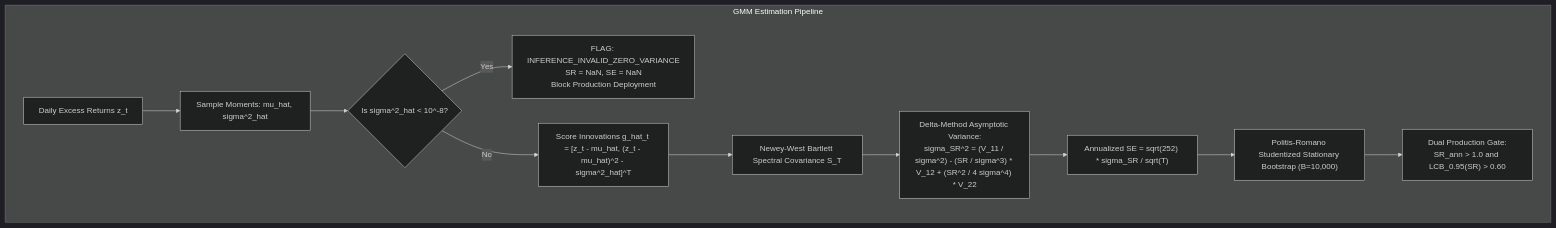
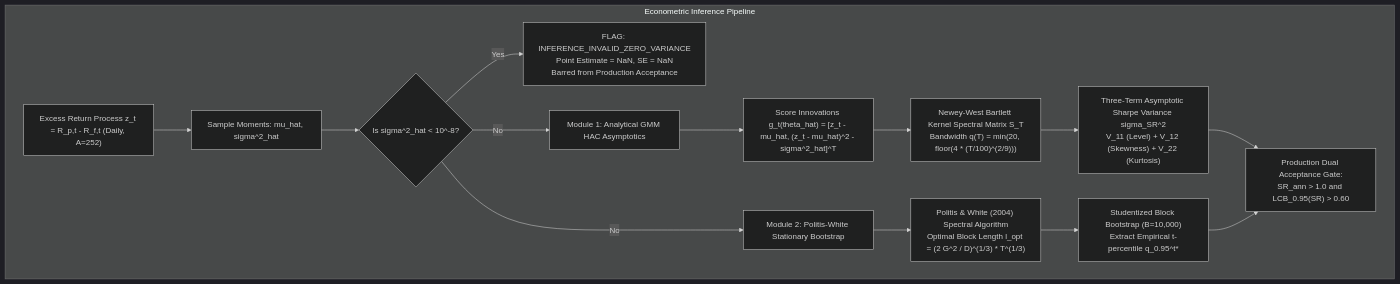
Before and after one commit to 2k25it2514261-cloud/alphaniti: the fourth of 6 diagrams in README.md, drawn with Mermaid (dark theme). The commit also changed other lines of this file, not shown here.

Commit message:
docs: release AlphaNiti v18.0 master architecture specification and proof-obligation register

````diff
--- a/README.md
+++ b/README.md
@@ -189,14 +172,21 @@
 ```mermaid
 graph TD
-    subgraph GMM Estimation Pipeline
-        Z["Daily Excess Returns z_t"] --> Moments["Sample Moments: mu_hat, sigma^2_hat"]
+    subgraph Econometric Inference Pipeline
+        Z["Excess Return Process z_t = R_p,t - R_f,t (Daily, A=252)"] --> Moments["Sample Moments: mu_hat, sigma^2_hat"]
         Moments --> DegenerateCheck{"Is sigma^2_hat < 10^-8?"}
-        DegenerateCheck -- Yes --> HALT["FLAG: INFERENCE_INVALID_ZERO_VARIANCE<br>SR = NaN, SE = NaN<br>Block Production Deployment"]
-        DegenerateCheck -- No --> Score["Score Innovations g_hat_t = [z_t - mu_hat, (z_t - mu_hat)^2 - sigma^2_hat]^T"]
-        Score --> HAC["Newey-West Bartlett Spectral Covariance S_T"]
-        HAC --> Delta["Delta-Method Asymptotic Variance:<br>sigma_SR^2 = (V_11 / sigma^2) - (SR / sigma^3) * V_12 + (SR^2 / 4 sigma^4) * V_22"]
-        Delta --> Annualize["Annualized SE = sqrt(252) * sigma_SR / sqrt(T)"]
-        Annualize --> Bootstrap["Politis-Romano Studentized Stationary Bootstrap (B=10,000)"]
-        Bootstrap --> Gate["Dual Production Gate:<br>SR_ann > 1.0 and LCB_0.95(SR) > 0.60"]
+        
+        DegenerateCheck -- Yes --> HALT["FLAG: INFERENCE_INVALID_ZERO_VARIANCE<br>Point Estimate = NaN, SE = NaN<br>Barred from Production Acceptance"]
+        
+        DegenerateCheck -- No --> Branch1["Module 1: Analytical GMM HAC Asymptotics"]
+        DegenerateCheck -- No --> Branch2["Module 2: Politis-White Stationary Bootstrap"]
+        
+        Branch1 --> Score["Score Innovations g_t(theta_hat) = [z_t - mu_hat, (z_t - mu_hat)^2 - sigma^2_hat]^T"]
+        Score --> NW["Newey-West Bartlett Kernel Spectral Matrix S_T<br>Bandwidth q(T) = min(20, floor(4 * (T/100)^(2/9)))"]
+        NW --> Delta["Three-Term Asymptotic Sharpe Variance sigma_SR^2<br>V_11 (Level) + V_12 (Skewness) + V_22 (Kurtosis)"]
+        
+        Branch2 --> PW["Politis & White (2004) Spectral Algorithm<br>Optimal Block Length l_opt = (2 G^2 / D)^(1/3) * T^(1/3)"]
+        PW --> Boot["Studentized Block Bootstrap (B=10,000)<br>Extract Empirical t-percentile q_0.95^t*"]
+        
+        Delta & Boot --> Gate["Production Dual Acceptance Gate:<br>SR_ann > 1.0 and LCB_0.95(SR) > 0.60"]
     end
 ```
````
